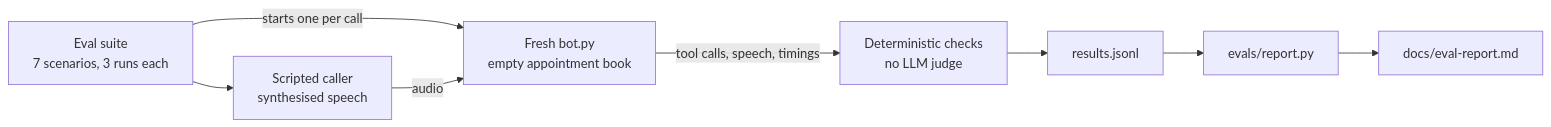
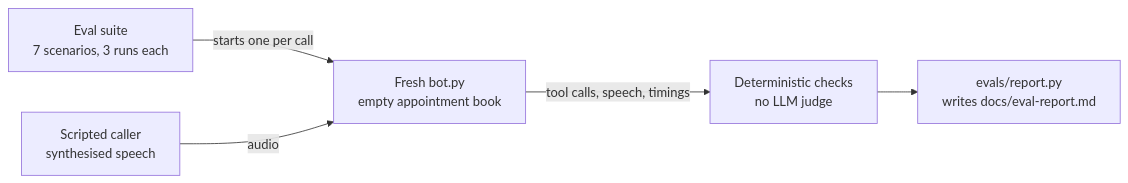
One commit to captflag/AI-Voice- changed the eighth of 8 diagrams in README.md. Above: the diagram before and after it, drawn with Mermaid. The commit also changed other lines of this file, not shown here.

Commit message:
README: slim the phase 3 and phase 6 diagrams so they render larger

````diff
--- a/README.md
+++ b/README.md
@@ -228,10 +227,7 @@
 ```mermaid
 flowchart LR
     suite["Eval suite<br/>7 scenarios, 3 runs each"] -->|starts one per call| bot["Fresh bot.py<br/>empty appointment book"]
-    suite --> caller["Scripted caller<br/>synthesised speech"]
-    caller -->|audio| bot
+    caller["Scripted caller<br/>synthesised speech"] -->|audio| bot
     bot -->|"tool calls, speech, timings"| checks["Deterministic checks<br/>no LLM judge"]
-    checks --> results["results.jsonl"]
-    results --> report["evals/report.py"]
-    report --> md["docs/eval-report.md"]
+    checks --> report["evals/report.py<br/>writes docs/eval-report.md"]
 ```
````
